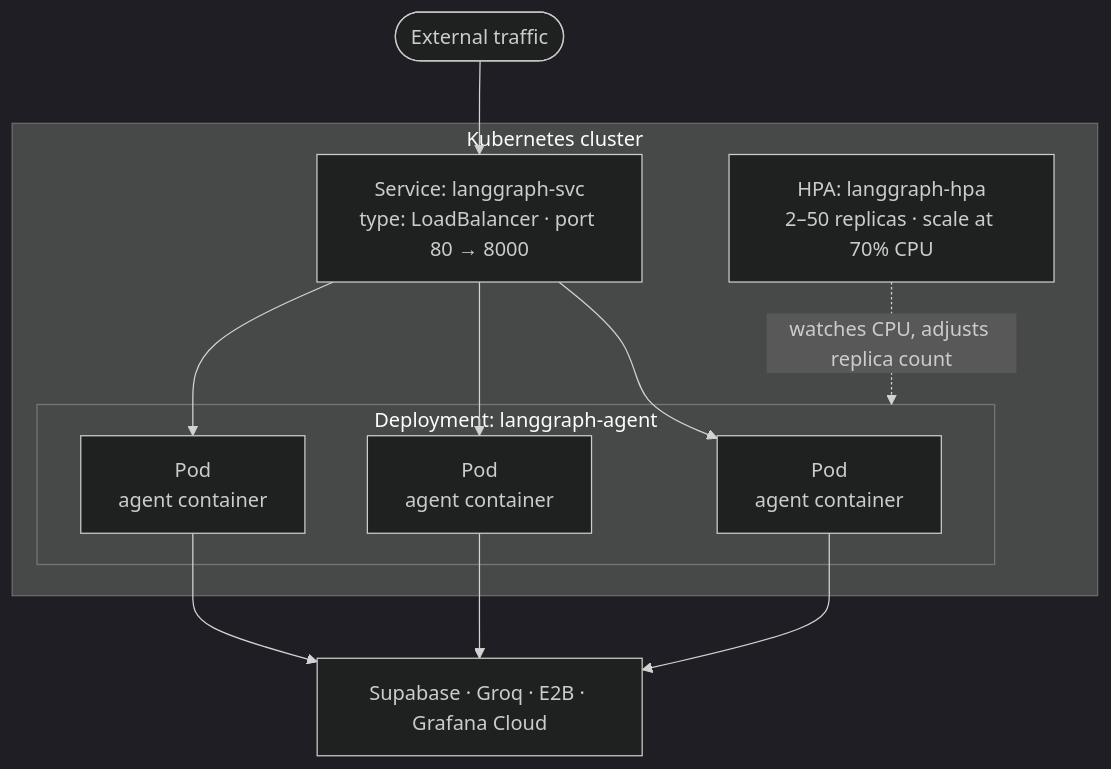
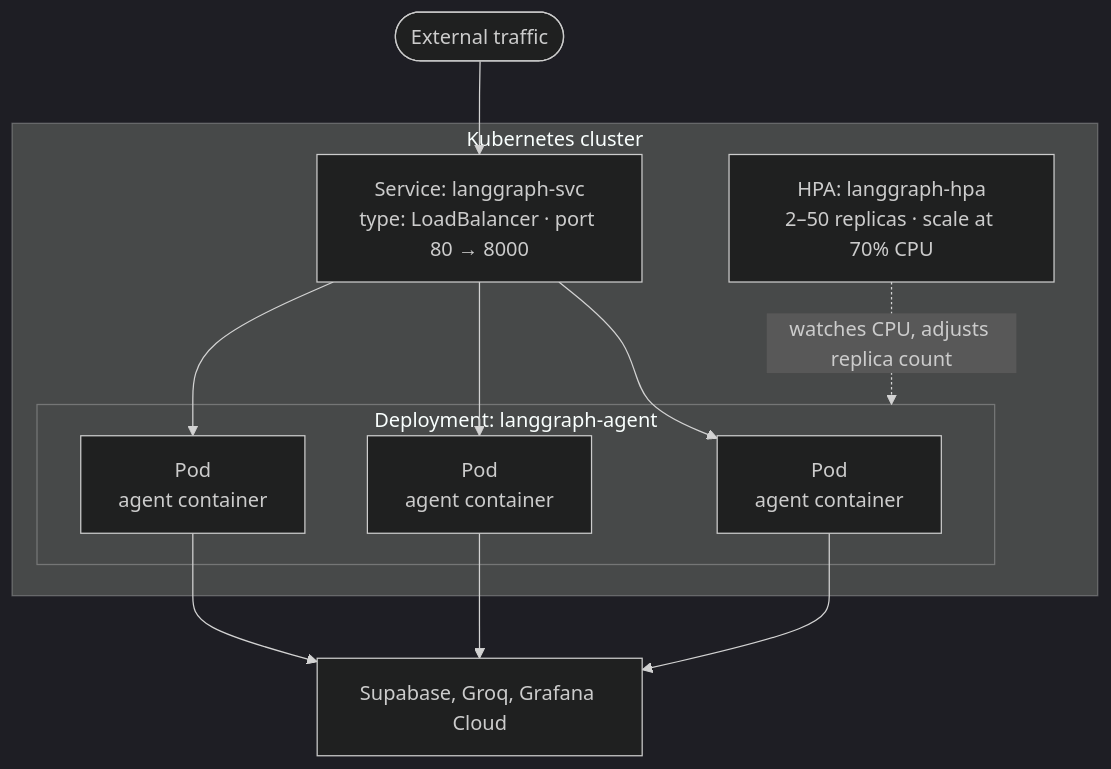
The third of 3 diagrams in README.md (MuhammadAbbas01/Self_Healing_Customer_support_agent), drawn with Mermaid (dark theme) before and after one commit. The commit also changed other lines of this file, not shown here.

````diff
--- a/README.md
+++ b/README.md
@@ -214,18 +214,18 @@
 ```mermaid
 flowchart TB
     subgraph Cluster["Kubernetes cluster"]
         SVC["Service: langgraph-svc<br/>type: LoadBalancer · port 80 → 8000"]
         HPA["HPA: langgraph-hpa<br/>2–50 replicas · scale at 70% CPU"]
         subgraph Pods["Deployment: langgraph-agent"]
             P1["Pod<br/>agent container"]
             P2["Pod<br/>agent container"]
             P3["Pod<br/>agent container"]
         end
         HPA -.->|watches CPU, adjusts replica count| Pods
         SVC --> P1
         SVC --> P2
         SVC --> P3
     end
     LB(["External traffic"]) --> SVC
-    P1 & P2 & P3 --> EXT["Supabase · Groq · E2B · Grafana Cloud"]
+    P1 & P2 & P3 --> EXT["Supabase, Groq, Grafana Cloud"]
 ```
````
